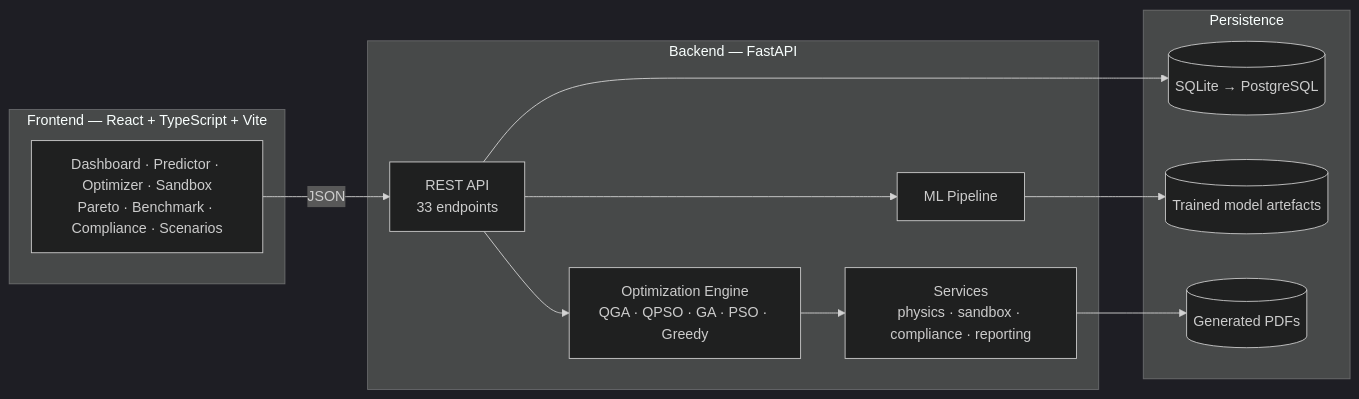
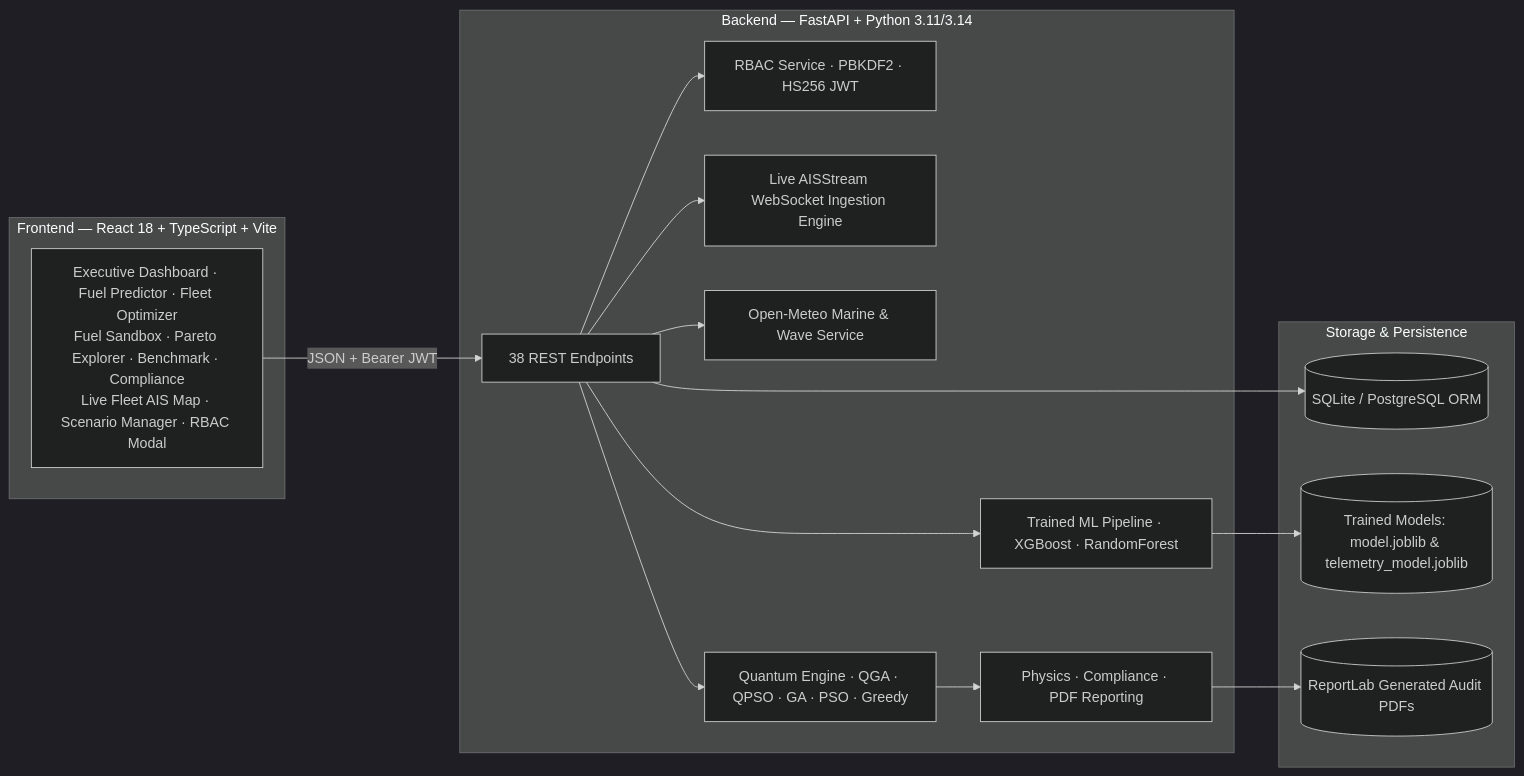
One commit to KavishaS/Quantum-Inspired-Fuel-Consumption-Prediction-and-Green-Fleet-Optimization changed the second of 2 diagrams in README.md. Above: the diagram before and after it, drawn with Mermaid (dark theme). The commit also changed other lines of this file and 127 other files, not shown here.

Commit message:
feat: complete platform with SIH PS-138 architecture, telemetry ML, RBAC, live AIS and weather

````diff
--- a/README.md
+++ b/README.md
@@ -56,22 +78,28 @@
 ```mermaid
 flowchart LR
-    subgraph Frontend["Frontend — React + TypeScript + Vite"]
-        UI[Dashboard · Predictor · Optimizer · Sandbox<br/>Pareto · Benchmark · Compliance · Scenarios]
+    subgraph Frontend["Frontend — React 18 + TypeScript + Vite"]
+        UI[Executive Dashboard · Fuel Predictor · Fleet Optimizer<br/>Fuel Sandbox · Pareto Explorer · Benchmark · Compliance<br/>Live Fleet AIS Map · Scenario Manager · RBAC Modal]
     end
-    subgraph Backend["Backend — FastAPI"]
-        API[REST API<br/>33 endpoints]
-        ML[ML Pipeline]
-        OPT[Optimization Engine<br/>QGA · QPSO · GA · PSO · Greedy]
-        SVC[Services<br/>physics · sandbox · compliance · reporting]
+    subgraph Backend["Backend — FastAPI + Python 3.11/3.14"]
+        API[38 REST Endpoints]
+        AUTH[RBAC Service · PBKDF2 · HS256 JWT]
+        AIS[Live AISStream WebSocket Ingestion Engine]
+        WTH[Open-Meteo Marine & Wave Service]
+        ML[Trained ML Pipeline · XGBoost · RandomForest]
+        OPT[Quantum Engine · QGA · QPSO · GA · PSO · Greedy]
+        SVC[Physics · Compliance · PDF Reporting]
     end
-    subgraph Data["Persistence"]
-        DB[(SQLite → PostgreSQL)]
-        MODELS[(Trained model artefacts)]
-        REPORTS[(Generated PDFs)]
+    subgraph Data["Storage & Persistence"]
+        DB[(SQLite / PostgreSQL ORM)]
+        MODELS[(Trained Models: model.joblib & telemetry_model.joblib)]
+        REPORTS[(ReportLab Generated Audit PDFs)]
     end
-    UI -->|JSON| API
+    UI -->|JSON + Bearer JWT| API
+    API --> AUTH
+    API --> AIS
+    API --> WTH
     API --> ML --> MODELS
     API --> OPT --> SVC
     API --> DB
     SVC --> REPORTS
 ```
````
